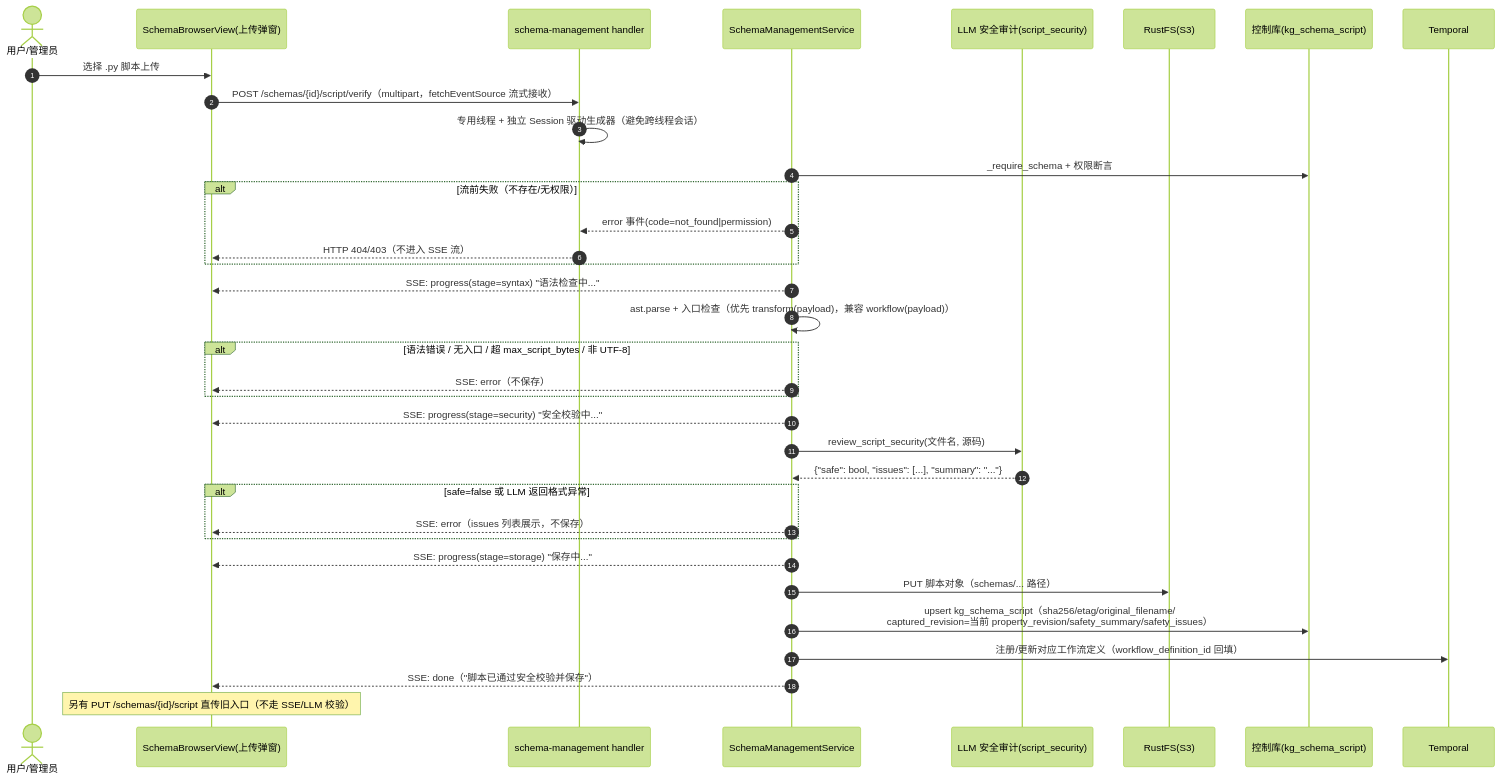
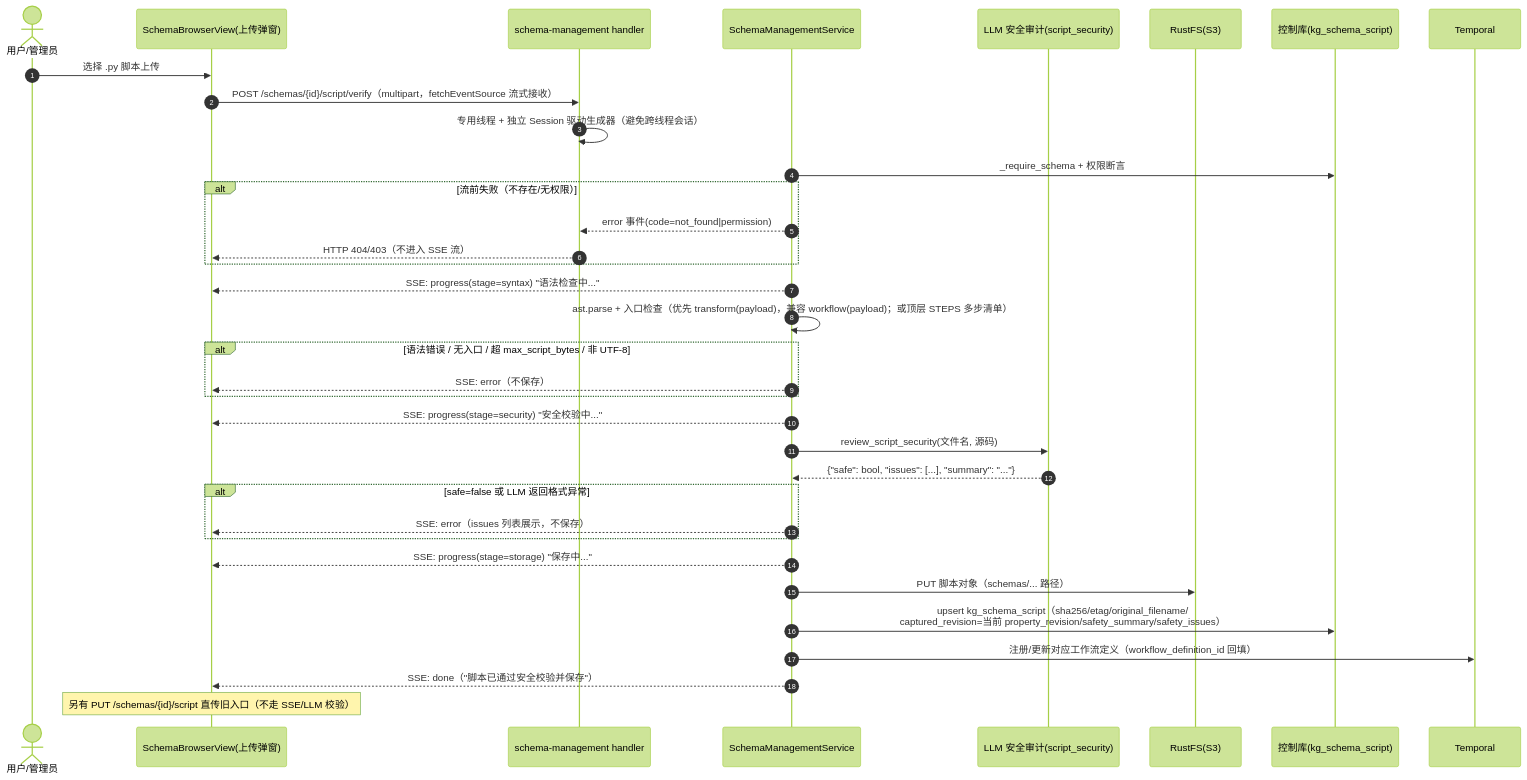
Before and after one commit to Marisolebxf/tech-kg-api: the second of 5 diagrams in docs/Schema管理模块.md, drawn with Mermaid (forest theme). The commit also changed other lines of this file and 13 other files, not shown here.

First line of the commit message:
feat: kg.schema.extract 支持脚本内声明 STEPS 多步转换

````diff
--- a/docs/Schema管理模块.md
+++ b/docs/Schema管理模块.md
@@ -201,38 +202,38 @@
 ```mermaid
 sequenceDiagram
     autonumber
     actor U as 用户/管理员
     participant FE as SchemaBrowserView(上传弹窗)
     participant API as schema-management handler
     participant SVC as SchemaManagementService
     participant LLM as LLM 安全审计(script_security)
     participant S3 as RustFS(S3)
     participant DB as 控制库(kg_schema_script)
     participant TP as Temporal
 
     U->>FE: 选择 .py 脚本上传
     FE->>API: POST /schemas/{id}/script/verify（multipart，fetchEventSource 流式接收）
     API->>API: 专用线程 + 独立 Session 驱动生成器（避免跨线程会话）
     SVC->>DB: _require_schema + 权限断言
     alt 流前失败（不存在/无权限）
         SVC-->>API: error 事件(code=not_found|permission)
         API-->>FE: HTTP 404/403（不进入 SSE 流）
     end
     SVC-->>FE: SSE: progress(stage=syntax) "语法检查中..."
-    SVC->>SVC: ast.parse + 入口检查（优先 transform(payload)，兼容 workflow(payload)）
+    SVC->>SVC: ast.parse + 入口检查（优先 transform(payload)，兼容 workflow(payload)；或顶层 STEPS 多步清单）
     alt 语法错误 / 无入口 / 超 max_script_bytes / 非 UTF-8
         SVC-->>FE: SSE: error（不保存）
     end
     SVC-->>FE: SSE: progress(stage=security) "安全校验中..."
     SVC->>LLM: review_script_security(文件名, 源码)
     LLM-->>SVC: {"safe": bool, "issues": [...], "summary": "..."}
     alt safe=false 或 LLM 返回格式异常
         SVC-->>FE: SSE: error（issues 列表展示，不保存）
     end
     SVC-->>FE: SSE: progress(stage=storage) "保存中..."
     SVC->>S3: PUT 脚本对象（schemas/... 路径）
     SVC->>DB: upsert kg_schema_script（sha256/etag/original_filename/<br/>captured_revision=当前 property_revision/safety_summary/safety_issues）
     SVC->>TP: 注册/更新对应工作流定义（workflow_definition_id 回填）
     SVC-->>FE: SSE: done（"脚本已通过安全校验并保存"）
     note over FE: 另有 PUT /schemas/{id}/script 直传旧入口（不走 SSE/LLM 校验）
 ```
````
